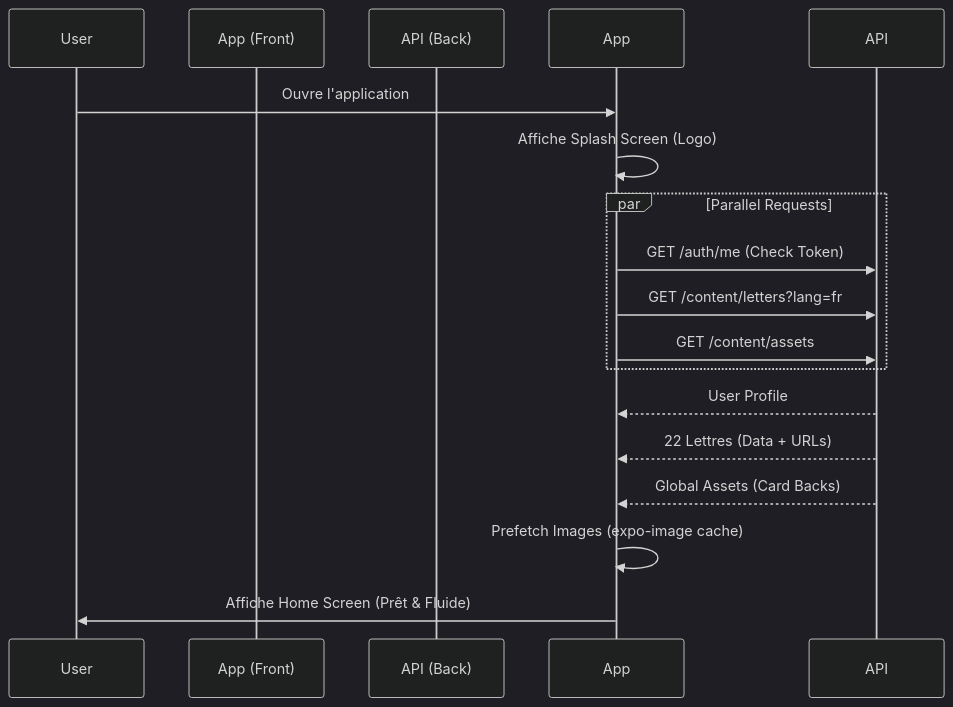
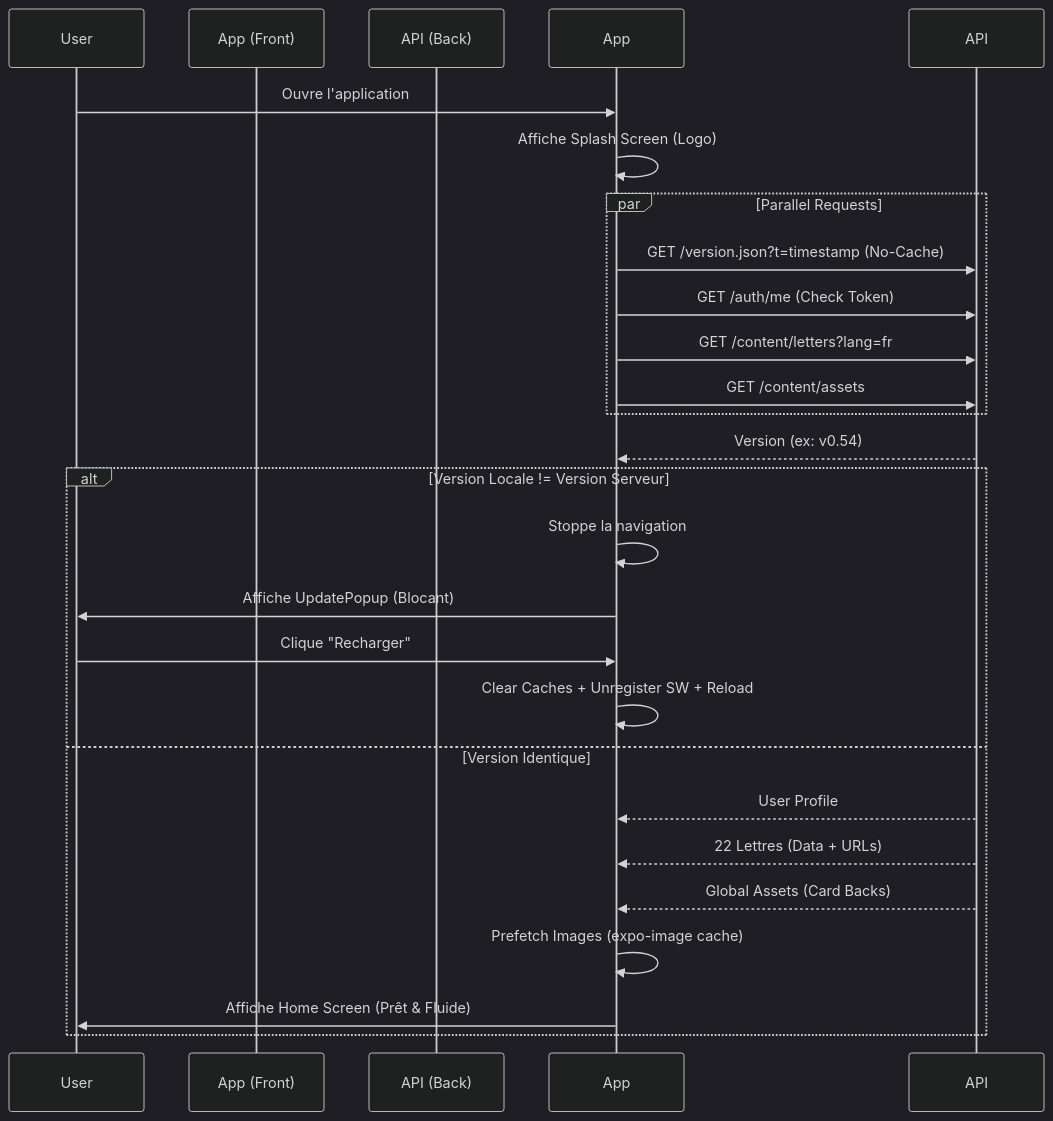
The second of 3 diagrams in prd/Tech_Notice.md (fnajman/zohar-cards-antigravity), drawn with Mermaid (dark theme) before and after one commit. The commit also changed other lines of this file, not shown here.

Commit message:
docs: explain PWA automatic update mechanism and splash screen blocking

````diff
--- a/prd/Tech_Notice.md
+++ b/prd/Tech_Notice.md
@@ -216,22 +216,32 @@
 ```mermaid
 sequenceDiagram
     participant User
     participant App (Front)
     participant API (Back)
     
     User->>App: Ouvre l'application
     App->>App: Affiche Splash Screen (Logo)
     
     par Parallel Requests
+        App->>API: GET /version.json?t=timestamp (No-Cache)
         App->>API: GET /auth/me (Check Token)
         App->>API: GET /content/letters?lang=fr
         App->>API: GET /content/assets
     end
     
-    API-->>App: User Profile
-    API-->>App: 22 Lettres (Data + URLs)
-    API-->>App: Global Assets (Card Backs)
+    API-->>App: Version (ex: v0.54)
     
-    App->>App: Prefetch Images (expo-image cache)
-    App->>User: Affiche Home Screen (Prêt & Fluide)
+    alt Version Locale != Version Serveur
+        App->>App: Stoppe la navigation
+        App->>User: Affiche UpdatePopup (Blocant)
+        User->>App: Clique "Recharger"
+        App->>App: Clear Caches + Unregister SW + Reload
+    else Version Identique
+        API-->>App: User Profile
+        API-->>App: 22 Lettres (Data + URLs)
+        API-->>App: Global Assets (Card Backs)
+        
+        App->>App: Prefetch Images (expo-image cache)
+        App->>User: Affiche Home Screen (Prêt & Fluide)
+    end
 ```
````
